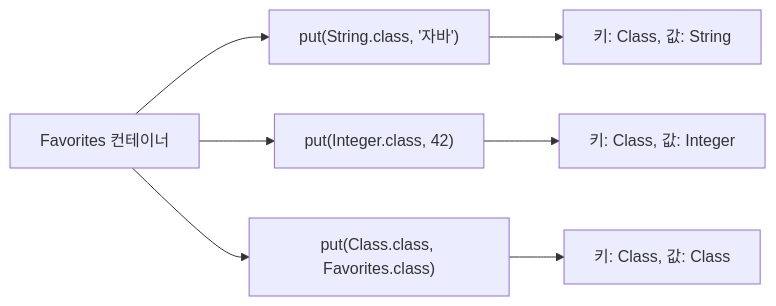
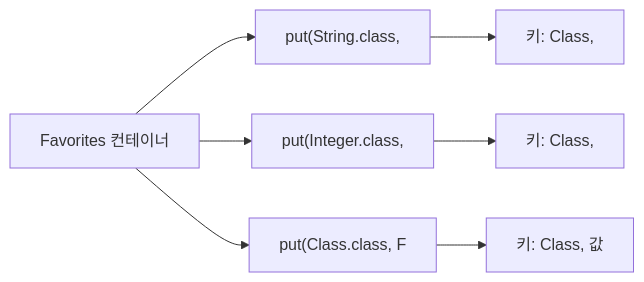
One commit to yjkim2015/yjkim2015.github.io changed the fourth of 6 diagrams in _posts/effective_java/2026-05-03-effective-java-generics-enums.md. Above: the diagram before and after it, drawn with Mermaid. The commit also changed other lines of this file and 271 other files, not shown here.

First line of the commit message:
Mermaid 라벨 축소: 긴 노드 텍스트 18자 이하로 트림 + \n 제거

````diff
--- a/_posts/effective_java/2026-05-03-effective-java-generics-enums.md
+++ b/_posts/effective_java/2026-05-03-effective-java-generics-enums.md
@@ -237,9 +237,9 @@
 ```mermaid
 flowchart LR
-    A["Favorites 컨테이너"] --> B["put(String.class, '자바')"]
-    A --> C["put(Integer.class, 42)"]
-    A --> D["put(Class.class, Favorites.class)"]
-    B --> E["키: Class<String>, 값: String"]
-    C --> F["키: Class<Integer>, 값: Integer"]
-    D --> G["키: Class<Class>, 값: Class"]
+    A["Favorites 컨테이너"] --> B["put(String.class,"]
+    A --> C["put(Integer.class,"]
+    A --> D["put(Class.class, F"]
+    B --> E["키: Class<String>,"]
+    C --> F["키: Class<Integer>,"]
+    D --> G["키: Class<Class>, 값"]
 ```
````
